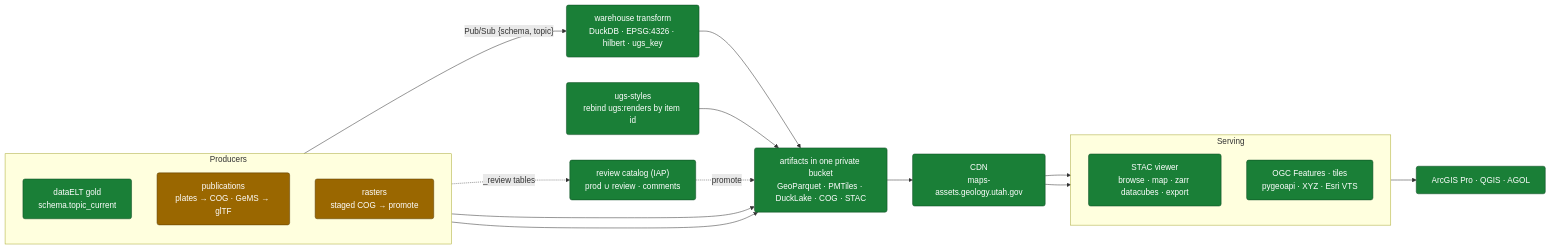
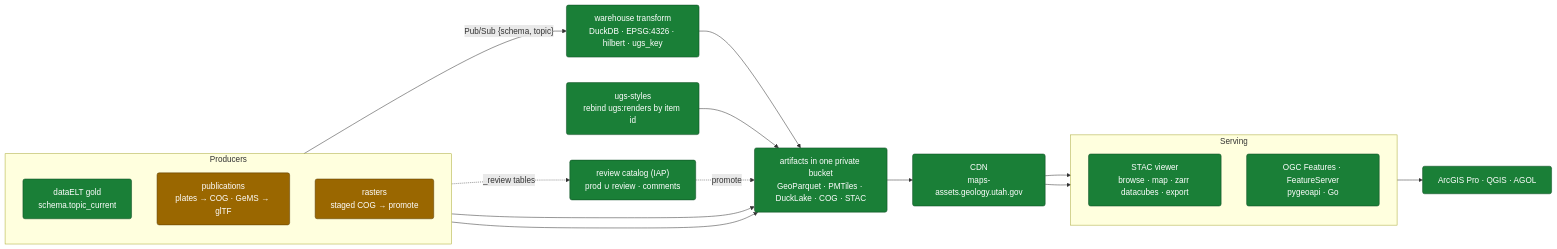
The diagram in docs/ARCHITECTURE.md (UGS-GIO/ugs-warehouse), drawn with Mermaid before and after one commit. The commit also changed other lines of this file and 29 other files, not shown here.

Commit message:
refactor: remove the tiles service now that the FeatureServer serves ArcGIS

````diff
--- a/docs/ARCHITECTURE.md
+++ b/docs/ARCHITECTURE.md
@@ -9,39 +9,39 @@
 ```mermaid
 flowchart LR
   subgraph P["Producers"]
     direction TB
     ELT["dataELT gold<br/>schema.topic_current"]
     PUBS["publications<br/>plates → COG · GeMS → glTF"]
     RAS["rasters<br/>staged COG → promote"]
   end
 
   ELT -- "Pub/Sub {schema, topic}" --> TR
   TR["warehouse transform<br/>DuckDB · EPSG:4326 · hilbert · ugs_key"]
 
   ART["artifacts in one private bucket<br/>GeoParquet · PMTiles · DuckLake · COG · STAC"]
   STY["ugs-styles<br/>rebind ugs:renders by item id"]
 
   TR --> ART
   PUBS --> ART
   RAS --> ART
   STY --> ART
   ART --> CDN["CDN<br/>maps-assets.geology.utah.gov"]
 
   subgraph S["Serving"]
     direction TB
     VW["STAC viewer<br/>browse · map · zarr datacubes · export"]
-    FS["OGC Features · tiles<br/>pygeoapi · XYZ · Esri VTS"]
+    FS["OGC Features · FeatureServer<br/>pygeoapi · Go"]
   end
 
   CDN --> VW
   CDN --> FS
   FS --> POOL["ArcGIS Pro · QGIS · AGOL"]
 
   ELT -. "_review tables" .-> RV["review catalog (IAP)<br/>prod ∪ review · comments"]
   RV -. "promote" .-> ART
 
   classDef done fill:#1a7f37,stroke:#0b4a20,color:#fff,rx:4,ry:4;
   classDef partial fill:#9a6700,stroke:#5c3d00,color:#fff,rx:4,ry:4;
   class ELT,TR,ART,STY,CDN,VW,FS,POOL,RV done;
   class PUBS,RAS partial;
 ```
````
